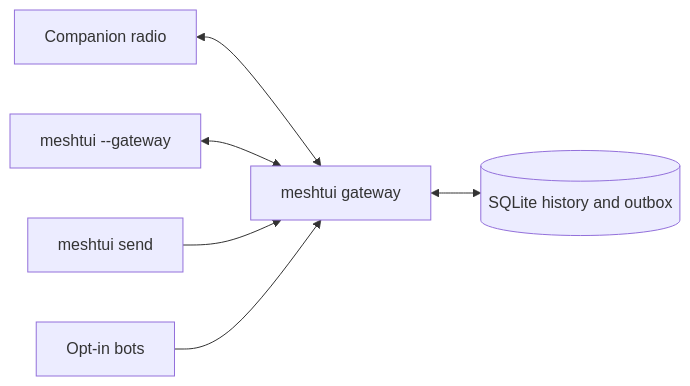
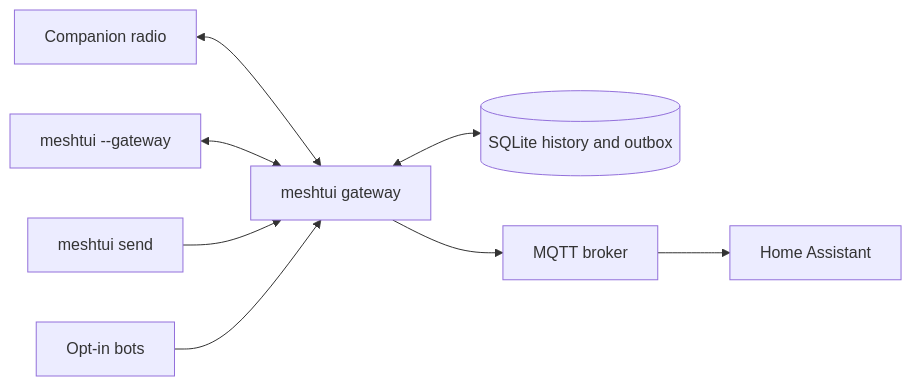
Before and after one commit to jsaveker/meshtui: the diagram in README.md, drawn with Mermaid. The commit also changed other lines of this file and 61 other files, not shown here.

````diff
--- a/README.md
+++ b/README.md
@@ -205,8 +249,10 @@
 ```mermaid
 flowchart LR
     R[Companion radio] <--> G[meshtui gateway]
     G <--> D[(SQLite history and outbox)]
     T[meshtui --gateway] <--> G
     C[meshtui send] --> G
     B[Opt-in bots] --> G
+    G --> M[MQTT broker]
+    M --> H[Home Assistant]
 ```
````
